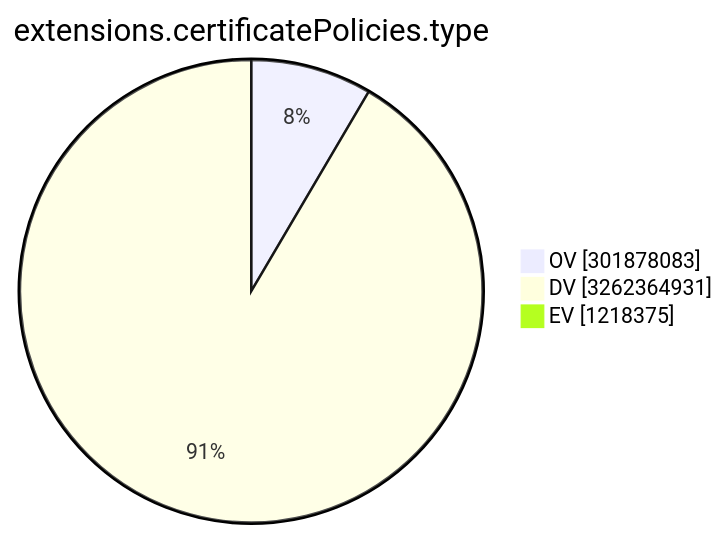
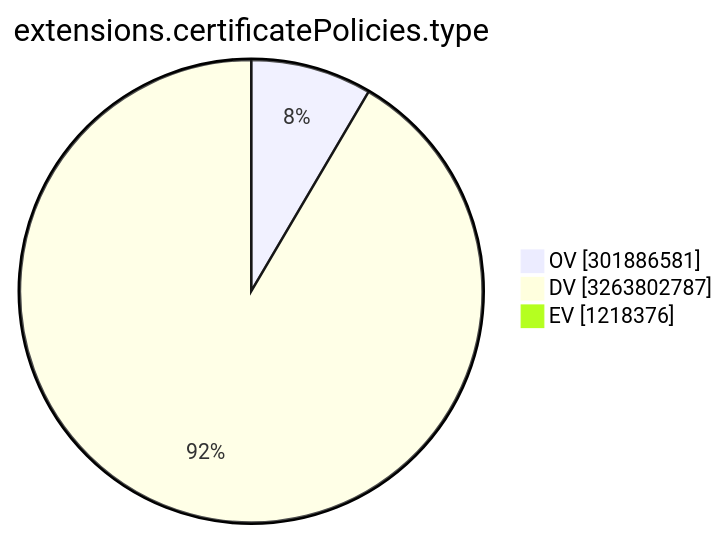
Before and after one commit to christiankrug/ctmonitor_visualization: the ninth of 15 diagrams in TOTAL/README.md, drawn with Mermaid. The commit also changed other lines of this file, not shown here.

````diff
--- a/TOTAL/README.md
+++ b/TOTAL/README.md
@@ -3107,7 +3107,7 @@
 ```mermaid
 pie showData
 title extensions.certificatePolicies.type
-"OV" :301878083
-"DV" :3262364931
-"EV" :1218375
+"OV" :301886581
+"DV" :3263802787
+"EV" :1218376
 ```
````
